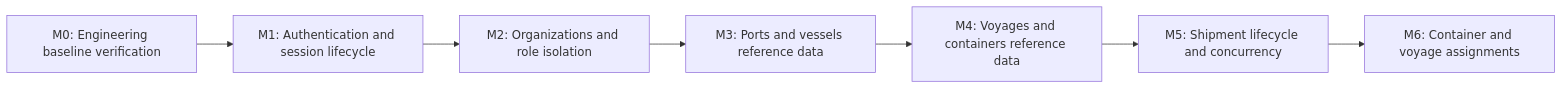
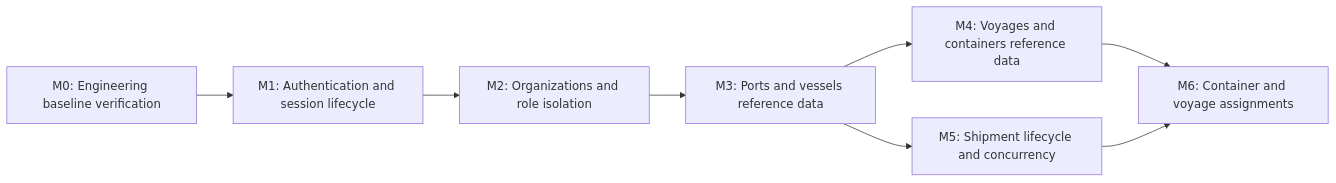
One commit to ekamal22/HarborOps-Enterprise-Maritime-Logistics-IT-Operations-Platform changed the second of 32 diagrams in docs/EXECUTION_GRAPH.md. Above: the diagram before and after it, drawn with Mermaid. The commit also changed other lines of this file and 2 other files, not shown here.

````diff
--- a/docs/EXECUTION_GRAPH.md
+++ b/docs/EXECUTION_GRAPH.md
@@ -45,11 +104,17 @@
 ```mermaid
 flowchart LR
   G0["M0: Engineering baseline verification"]
   G1["M1: Authentication and session lifecycle"]
   G2["M2: Organizations and role isolation"]
   G3["M3: Ports and vessels reference data"]
   G4["M4: Voyages and containers reference data"]
   G5["M5: Shipment lifecycle and concurrency"]
   G6["M6: Container and voyage assignments"]
-  G0 --> G1 --> G2 --> G3 --> G4 --> G5 --> G6
+  G0 --> G1
+  G1 --> G2
+  G2 --> G3
+  G3 --> G4
+  G3 --> G5
+  G4 --> G6
+  G5 --> G6
 ```
````
